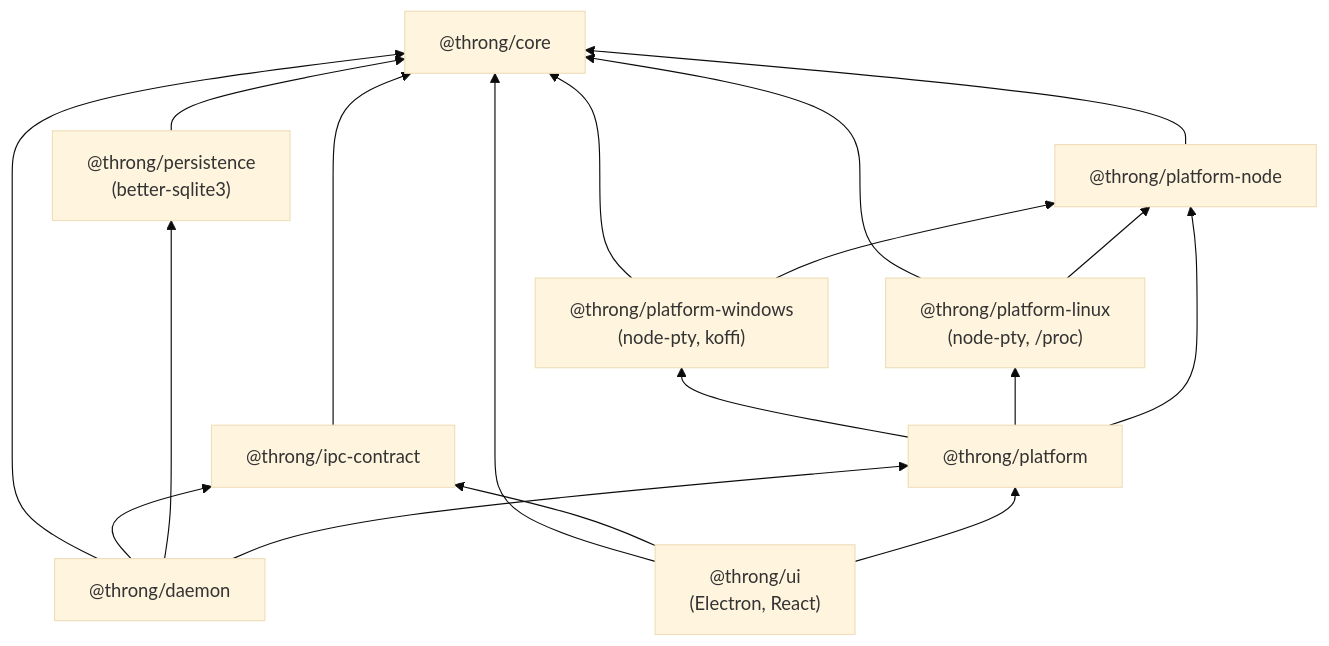
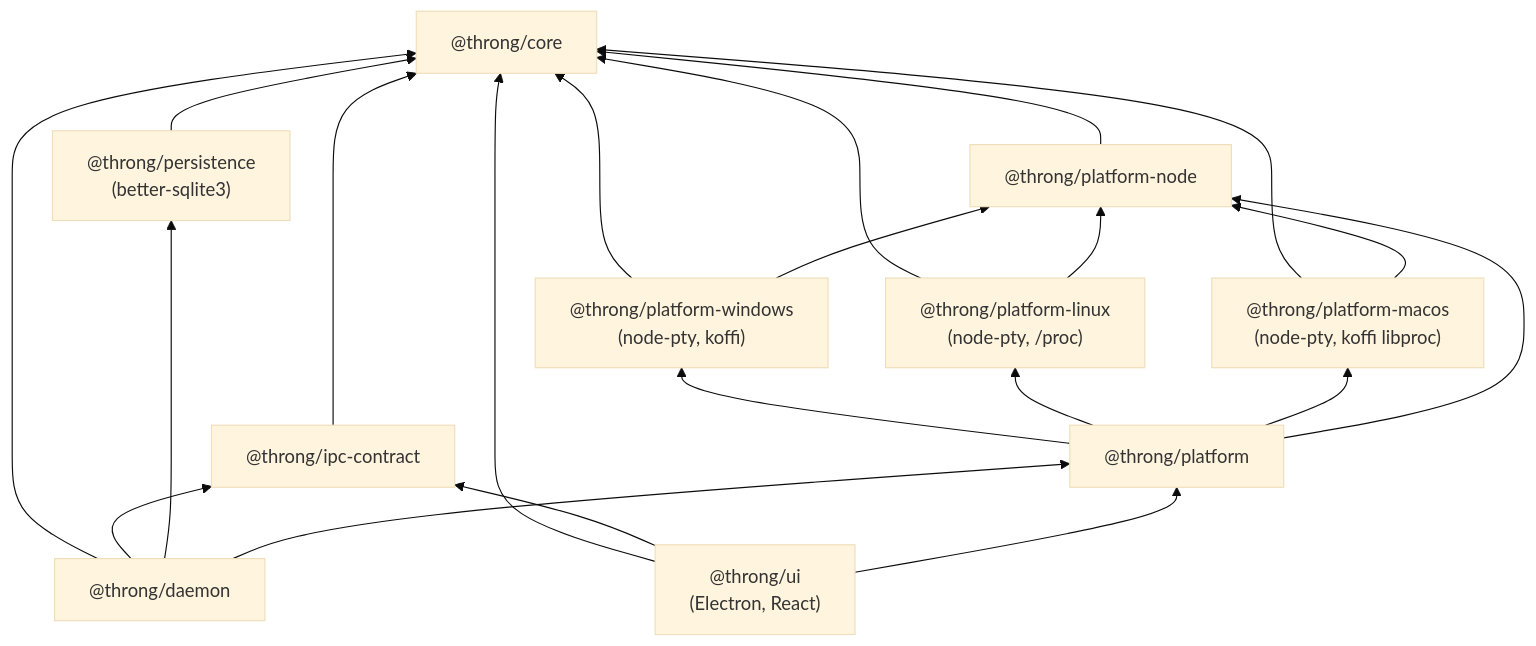
The second of 8 diagrams in docs/architecture.md (Bidthedog/throng), drawn with Mermaid (base theme) before and after one commit. The commit also changed other lines of this file and 12 other files, not shown here.

````diff
--- a/docs/architecture.md
+++ b/docs/architecture.md
@@ -146,29 +146,33 @@
 ```mermaid
 flowchart BT
   core["@throng/core"]
   ipc["@throng/ipc-contract"]
   pers["@throng/persistence<br/>(better-sqlite3)"]
   pn["@throng/platform-node"]
   pw["@throng/platform-windows<br/>(node-pty, koffi)"]
   pl["@throng/platform-linux<br/>(node-pty, /proc)"]
+  pm["@throng/platform-macos<br/>(node-pty, koffi libproc)"]
   ps["@throng/platform"]
   daemon["@throng/daemon"]
   ui["@throng/ui<br/>(Electron, React)"]
   ipc --> core
   pers --> core
   pn --> core
   pw --> core
   pw --> pn
   pl --> core
   pl --> pn
+  pm --> core
+  pm --> pn
   ps --> pw
   ps --> pl
+  ps --> pm
   ps --> pn
   daemon --> core
   daemon --> ipc
   daemon --> pers
   daemon --> ps
   ui --> core
   ui --> ipc
   ui --> ps
 ```
````
